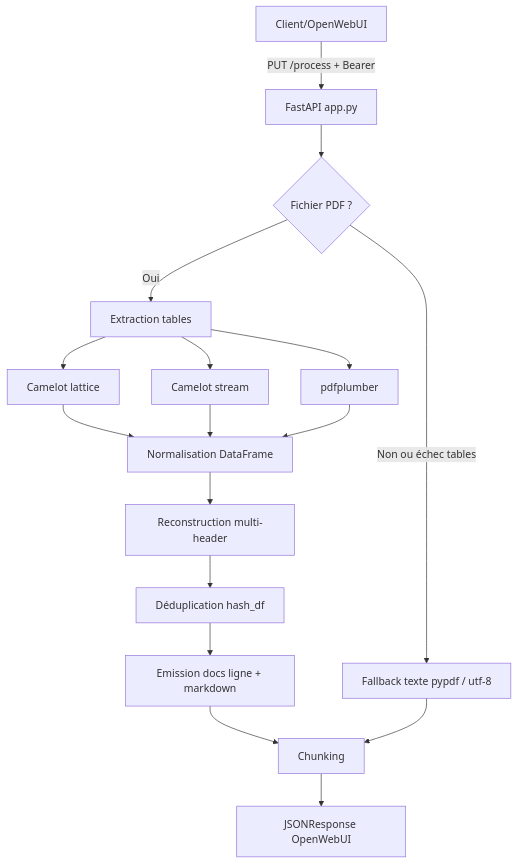
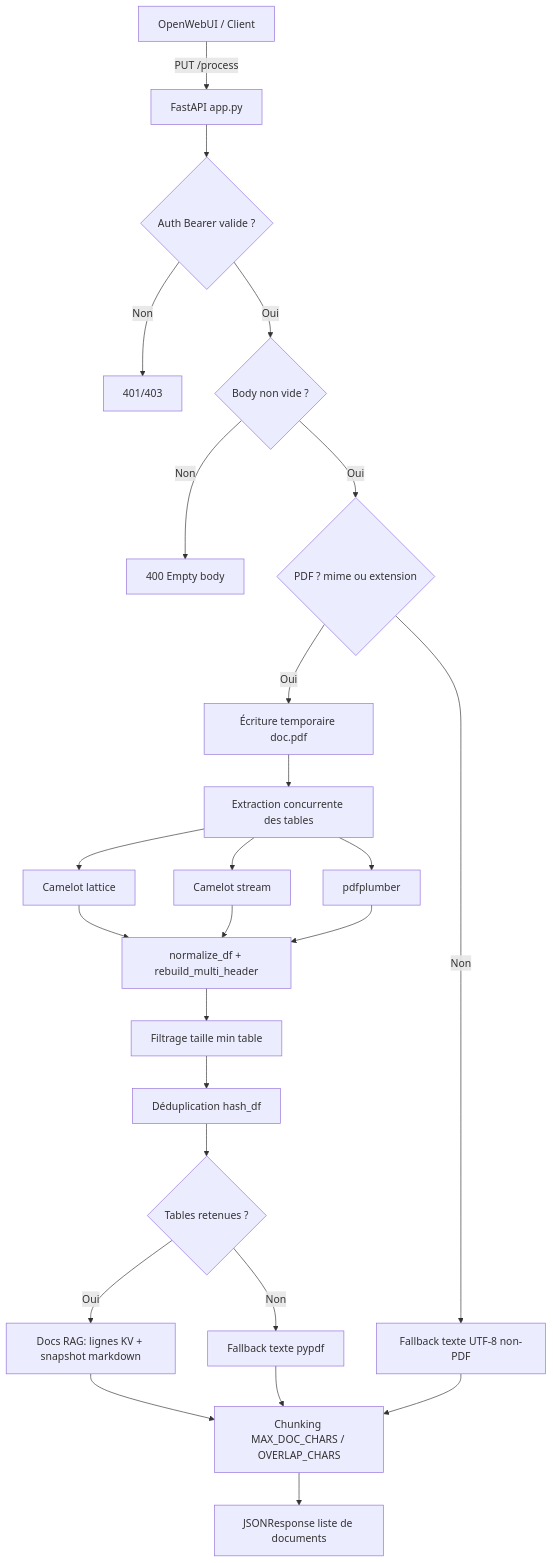
Before and after one commit to ynotopec/api-convert2md: the diagram in docs/architecture.md, drawn with Mermaid. The commit also changed other lines of this file, not shown here.

Commit message:
docs: align architecture with current app.py pipeline

````diff
--- a/docs/architecture.md
+++ b/docs/architecture.md
@@ -5,23 +7,33 @@
 ```mermaid
 flowchart TD
-    A[Client/OpenWebUI] -->|PUT /process + Bearer| B[FastAPI app.py]
-    B --> C{Fichier PDF ?}
+    A[OpenWebUI / Client] -->|PUT /process| B[FastAPI app.py]
+    B --> C{Auth Bearer valide ?}
+    C -- Non --> C1[401/403]
+    C -- Oui --> D{Body non vide ?}
+    D -- Non --> D1[400 Empty body]
+    D -- Oui --> E{PDF ? mime ou extension}
 
-    C -- Oui --> D[Extraction tables]
-    D --> D1[Camelot lattice]
-    D --> D2[Camelot stream]
-    D --> D3[pdfplumber]
+    E -- Oui --> F[Écriture temporaire doc.pdf]
+    F --> G[Extraction concurrente des tables]
+    G --> G1[Camelot lattice]
+    G --> G2[Camelot stream]
+    G --> G3[pdfplumber]
 
-    D1 --> E[Normalisation DataFrame]
-    D2 --> E
-    D3 --> E
+    G1 --> H[normalize_df + rebuild_multi_header]
+    G2 --> H
+    G3 --> H
 
-    E --> F[Reconstruction multi-header]
-    F --> G[Déduplication hash_df]
-    G --> H[Emission docs ligne + markdown]
-    H --> I[Chunking]
-    I --> J[JSONResponse OpenWebUI]
+    H --> I[Filtrage taille min table]
+    I --> J[Déduplication hash_df]
+    J --> K{Tables retenues ?}
 
-    C -- Non ou échec tables --> K[Fallback texte pypdf / utf-8]
-    K --> I
+    K -- Oui --> L[Docs RAG: lignes KV + snapshot markdown]
+    L --> M[Chunking MAX_DOC_CHARS / OVERLAP_CHARS]
+    M --> N[JSONResponse liste de documents]
+
+    K -- Non --> O[Fallback texte pypdf]
+    O --> M
+
+    E -- Non --> P[Fallback texte UTF-8 non-PDF]
+    P --> M
 ```
````
